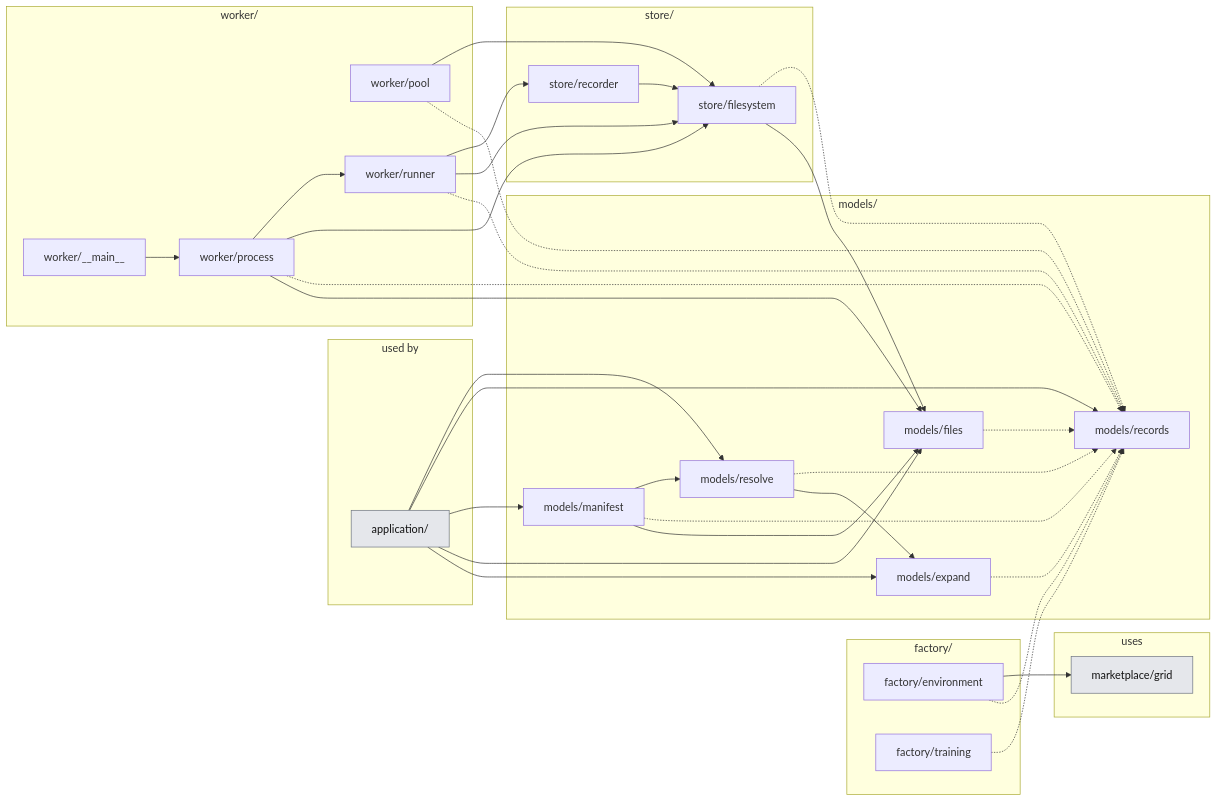
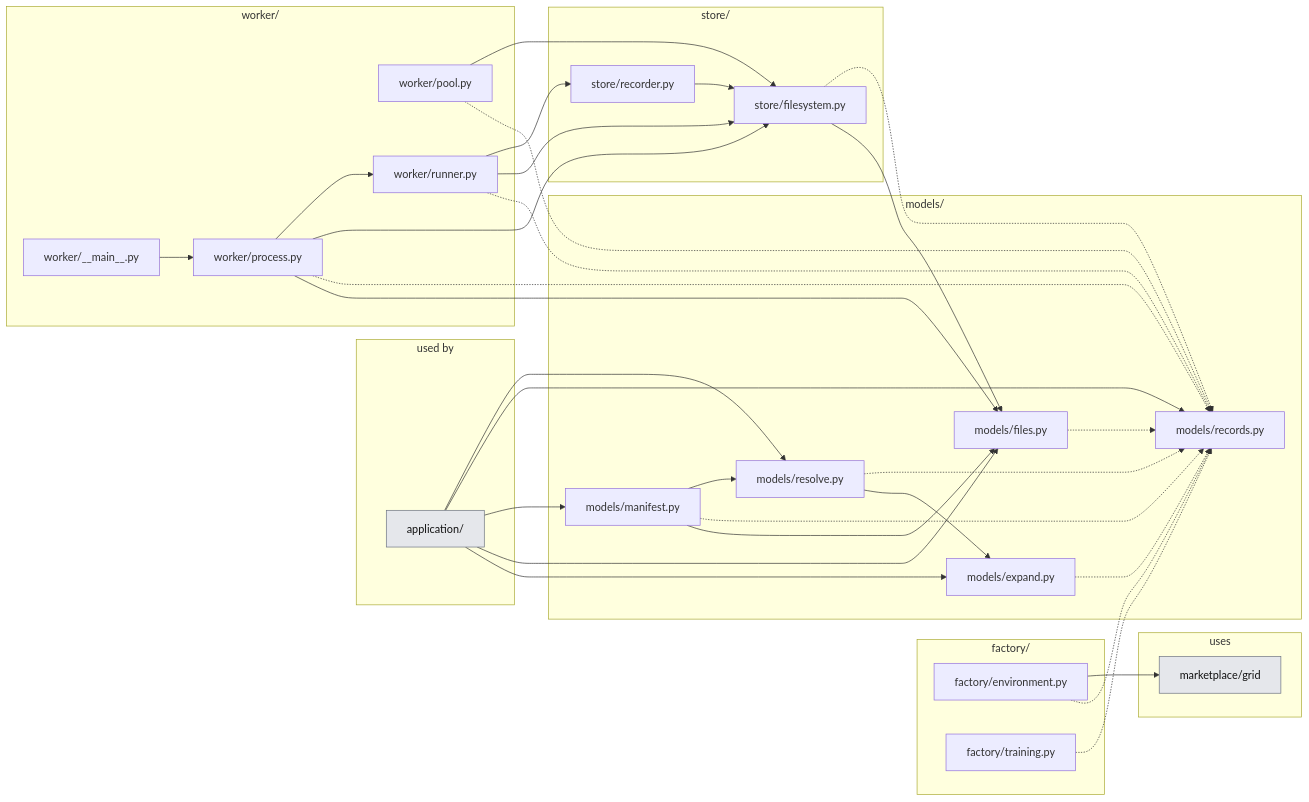
Before and after one commit to KevinRapo/P2P-thesis: the second of 4 diagrams in docs_thesis/thesis/architecture/03-experiment-layer.md, drawn with Mermaid. The commit also changed other lines of this file and 5 other files, not shown here.

````diff
--- a/docs_thesis/thesis/architecture/03-experiment-layer.md
+++ b/docs_thesis/thesis/architecture/03-experiment-layer.md
@@ -45,59 +45,59 @@
 ```mermaid
 flowchart LR
   subgraph USERS["used by"]
     n_application__users_["application/"]:::ext
   end
   subgraph g_factory["factory/"]
-    n_experiments_factory_environment["factory/environment"]
-    n_experiments_factory_training["factory/training"]
+    n_experiments_factory_environment["factory/environment.py"]
+    n_experiments_factory_training["factory/training.py"]
   end
   subgraph g_models["models/"]
-    n_experiments_models_expand["models/expand"]
-    n_experiments_models_files["models/files"]
-    n_experiments_models_manifest["models/manifest"]
-    n_experiments_models_records["models/records"]
-    n_experiments_models_resolve["models/resolve"]
+    n_experiments_models_expand["models/expand.py"]
+    n_experiments_models_files["models/files.py"]
+    n_experiments_models_manifest["models/manifest.py"]
+    n_experiments_models_records["models/records.py"]
+    n_experiments_models_resolve["models/resolve.py"]
   end
   subgraph g_store["store/"]
-    n_experiments_store_filesystem["store/filesystem"]
-    n_experiments_store_recorder["store/recorder"]
+    n_experiments_store_filesystem["store/filesystem.py"]
+    n_experiments_store_recorder["store/recorder.py"]
   end
   subgraph g_worker["worker/"]
-    n_experiments_worker___main__["worker/__main__"]
-    n_experiments_worker_pool["worker/pool"]
-    n_experiments_worker_process["worker/process"]
-    n_experiments_worker_runner["worker/runner"]
+    n_experiments_worker___main__["worker/__main__.py"]
+    n_experiments_worker_pool["worker/pool.py"]
+    n_experiments_worker_process["worker/process.py"]
+    n_experiments_worker_runner["worker/runner.py"]
   end
   subgraph USES["uses"]
     n_marketplace_grid["marketplace/grid"]:::ext
   end
   n_application__users_ --> n_experiments_models_expand
   n_application__users_ --> n_experiments_models_files
   n_application__users_ --> n_experiments_models_manifest
   n_application__users_ --> n_experiments_models_records
   n_application__users_ --> n_experiments_models_resolve
   n_experiments_factory_environment -.-> n_experiments_models_records
   n_experiments_factory_environment --> n_marketplace_grid
   n_experiments_factory_training -.-> n_experiments_models_records
   n_experiments_models_expand -.-> n_experiments_models_records
   n_experiments_models_files -.-> n_experiments_models_records
   n_experiments_models_manifest --> n_experiments_models_files
   n_experiments_models_manifest -.-> n_experiments_models_records
   n_experiments_models_manifest --> n_experiments_models_resolve
   n_experiments_models_resolve --> n_experiments_models_expand
   n_experiments_models_resolve -.-> n_experiments_models_records
   n_experiments_store_filesystem --> n_experiments_models_files
   n_experiments_store_filesystem -.-> n_experiments_models_records
   n_experiments_store_recorder --> n_experiments_store_filesystem
   n_experiments_worker___main__ --> n_experiments_worker_process
   n_experiments_worker_pool -.-> n_experiments_models_records
   n_experiments_worker_pool --> n_experiments_store_filesystem
   n_experiments_worker_process --> n_experiments_models_files
   n_experiments_worker_process -.-> n_experiments_models_records
   n_experiments_worker_process --> n_experiments_store_filesystem
   n_experiments_worker_process --> n_experiments_worker_runner
   n_experiments_worker_runner -.-> n_experiments_models_records
   n_experiments_worker_runner --> n_experiments_store_filesystem
   n_experiments_worker_runner --> n_experiments_store_recorder
   classDef ext fill:#e5e7eb,stroke:#6b7280,color:#111
 ```
````
